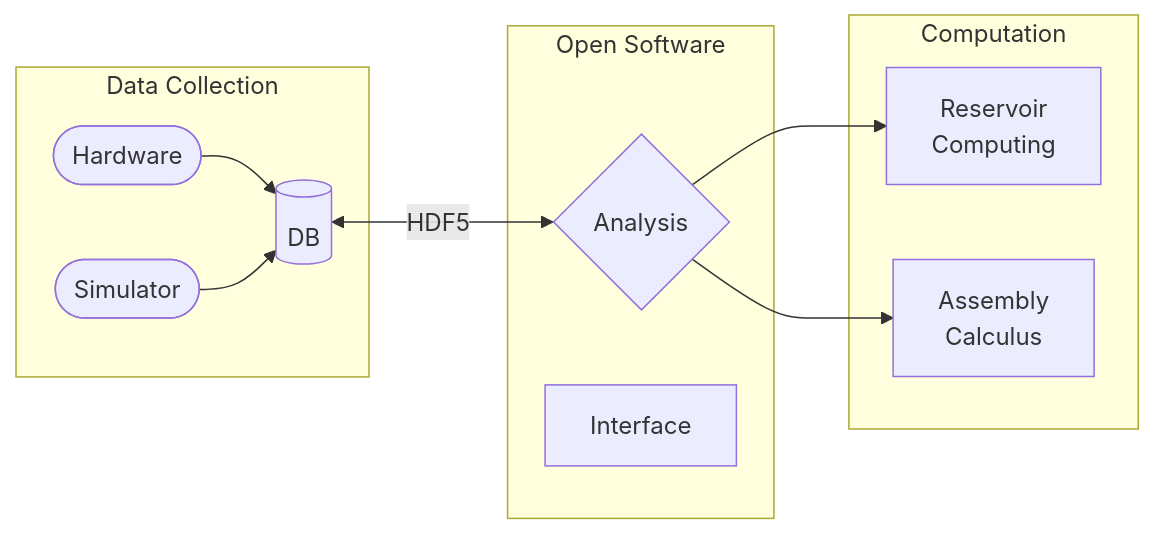
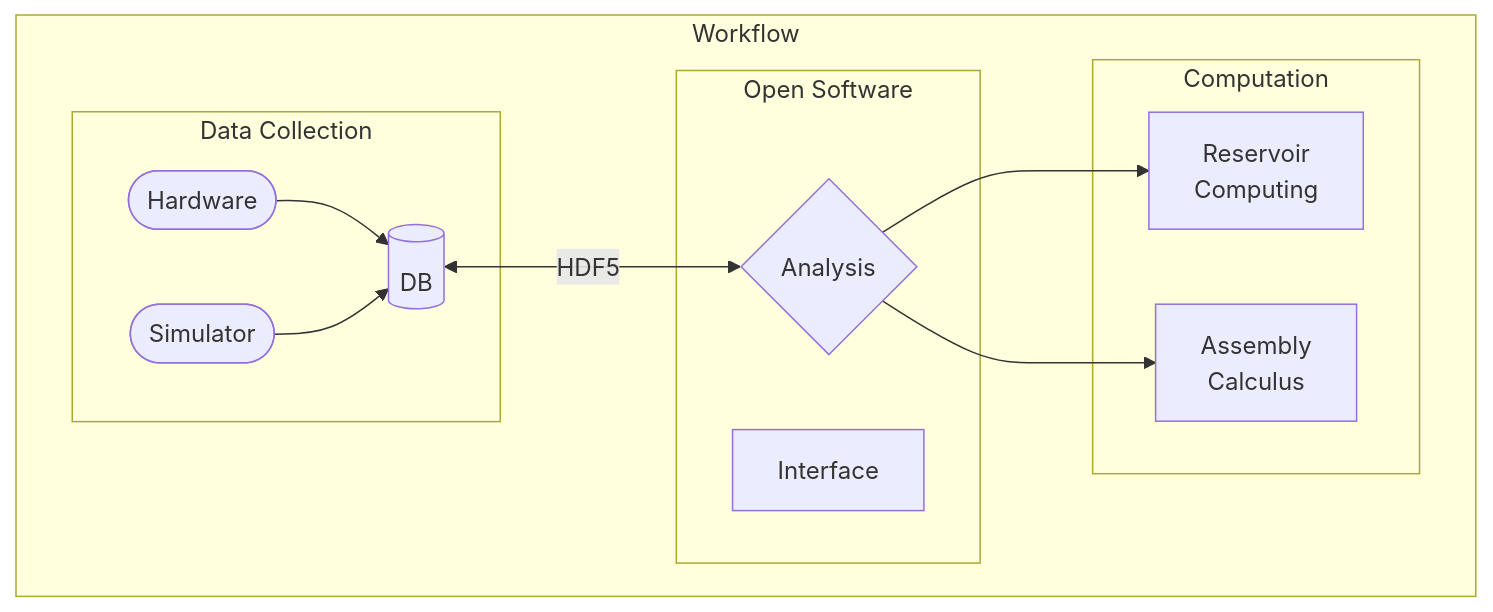
The diagram in overview/index.md (GazzolaLab/MiV-Shared-Docs), drawn with Mermaid before and after one commit.

Commit message:
update mermaid diagram

````diff
--- a/overview/index.md
+++ b/overview/index.md
@@ -6,22 +6,25 @@
 ```{mermaid}
 flowchart LR
     A{Analysis}
     E([Simulator])
     H([Hardware])
     R[Reservoir</br>Computing]
     C[Assembly</br>Calculus]
     D[(DB)]
     I[Interface]
-    subgraph Data Collection
-        H --> D
-        E --> D
-    end
-    subgraph Open Software
-        D <-->|HDF5| A
-        I
-    end
-    subgraph Computation
-        A --> R
-        A --> C
+    subgraph Workflow
+        direction LR
+        subgraph Data Collection
+            H --> D
+            E --> D
+        end
+        subgraph Open Software
+            D <-->|HDF5| A
+            I
+        end
+        subgraph Computation
+            A --> R
+            A --> C
+        end
     end
 ```
````
